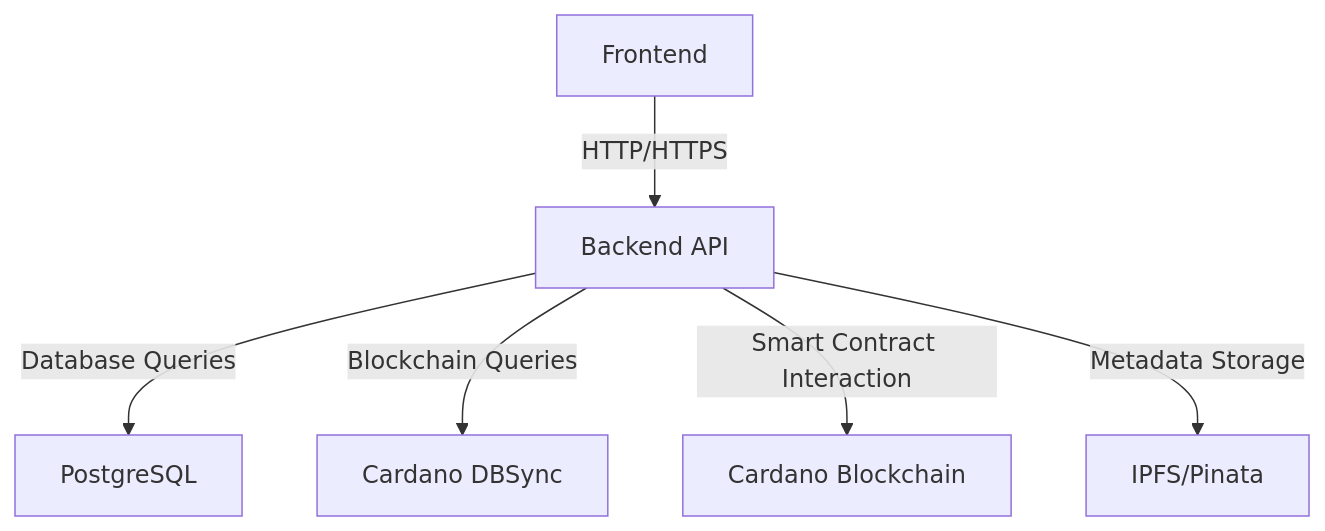
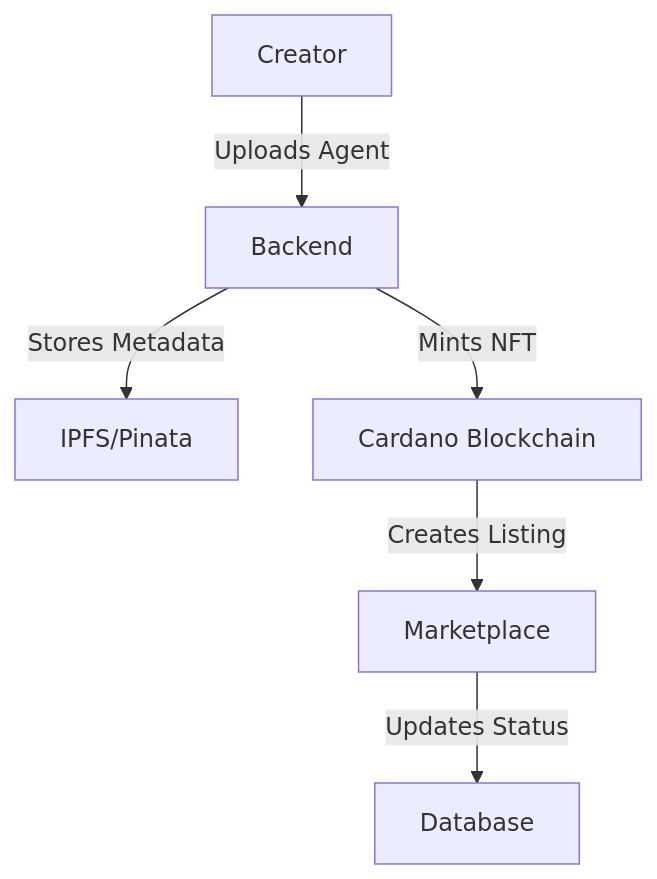
One commit to neuralnex/legionX changed the first of 3 diagrams in project_flow.md. Above: the diagram before and after it, drawn with Mermaid. The commit also changed other lines of this file and 76 other files, not shown here.

````diff
--- a/project_flow.md
+++ b/project_flow.md
@@ -5,8 +9,8 @@
 ```mermaid
 graph TD
-    A[Frontend] -->|HTTP/HTTPS| B[Backend API]
-    B -->|Database Queries| C[PostgreSQL]
-    B -->|Blockchain Queries| D[Cardano DBSync]
-    B -->|Smart Contract Interaction| E[Cardano Blockchain]
-    B -->|Metadata Storage| F[IPFS/Pinata]
+    A[Creator] -->|Uploads Agent| B[Backend]
+    B -->|Stores Metadata| C[IPFS/Pinata]
+    B -->|Mints NFT| D[Cardano Blockchain]
+    D -->|Creates Listing| E[Marketplace]
+    E -->|Updates Status| F[Database]
 ```
````
